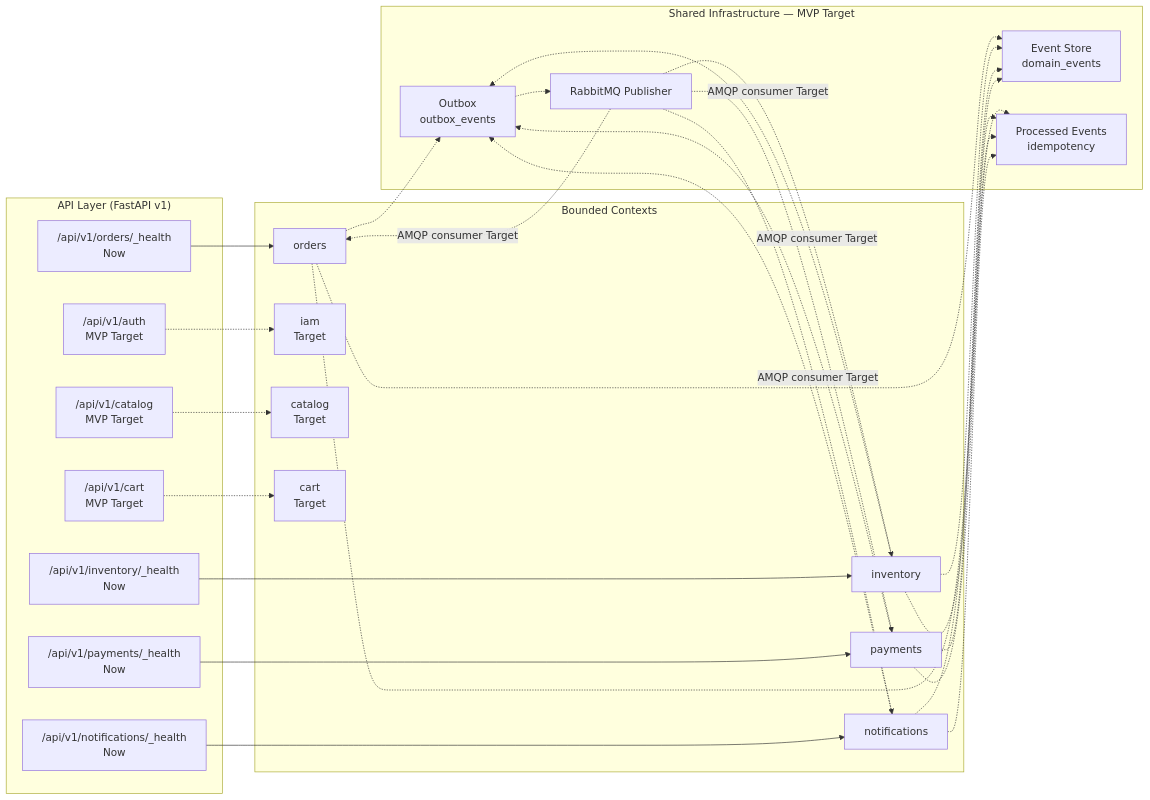
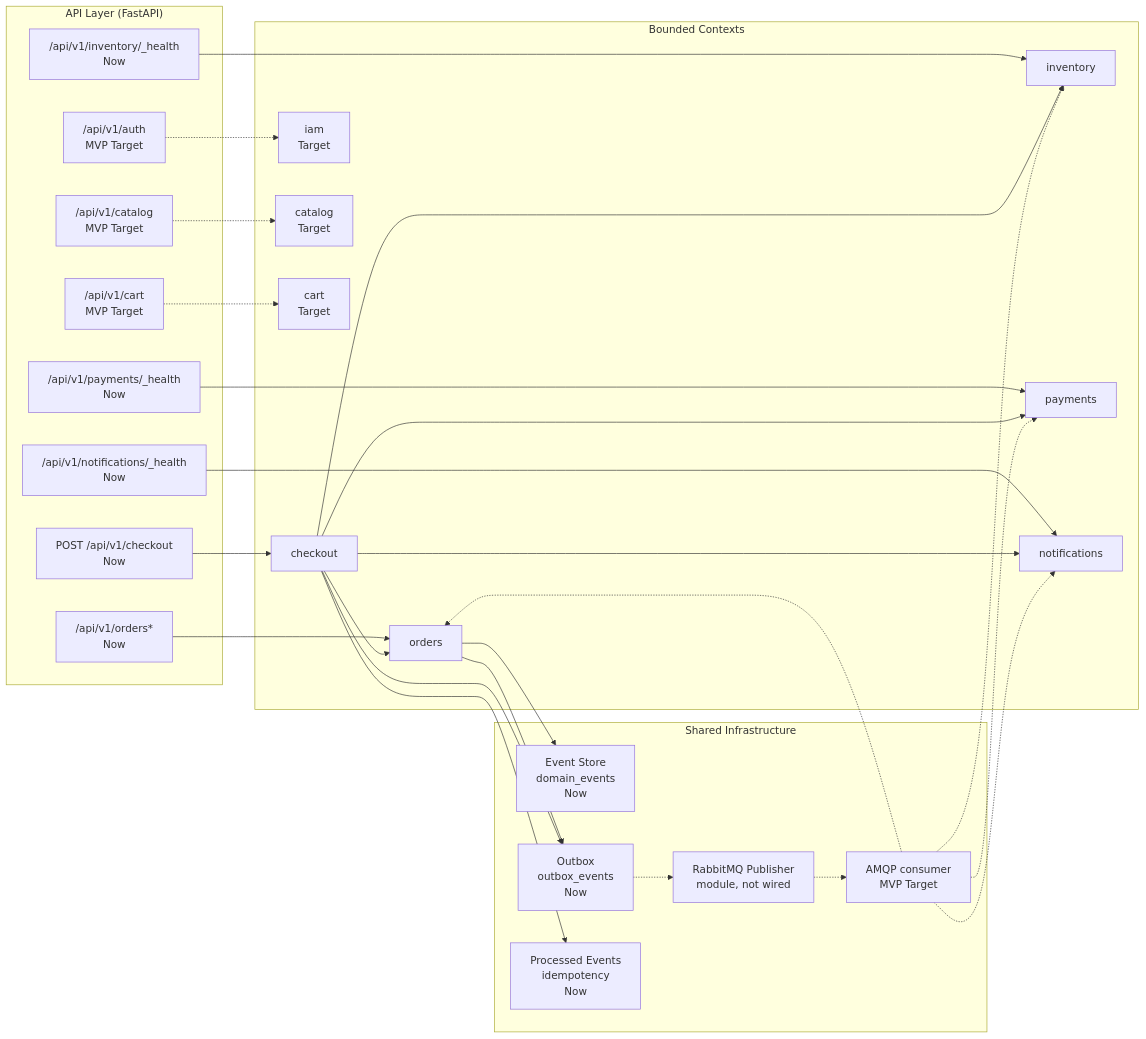
The first of 3 diagrams in ARCHITECTURE.md (jonasotoaguilar/eventcommerce), drawn with Mermaid before and after one commit. The commit also changed other lines of this file and 9 other files, not shown here.

````diff
--- a/ARCHITECTURE.md
+++ b/ARCHITECTURE.md
@@ -20,55 +20,56 @@
 ```mermaid
 flowchart LR
-    subgraph API["API Layer (FastAPI v1)"]
-        ORD["/api/v1/orders/_health<br/>Now"]
+    subgraph API["API Layer (FastAPI)"]
+        ORD["/api/v1/orders*<br/>Now"]
+        CHK["POST /api/v1/checkout<br/>Now"]
         INV["/api/v1/inventory/_health<br/>Now"]
         PAY["/api/v1/payments/_health<br/>Now"]
         NOT["/api/v1/notifications/_health<br/>Now"]
         IAM["/api/v1/auth<br/>MVP Target"]
         CAT["/api/v1/catalog<br/>MVP Target"]
         CART["/api/v1/cart<br/>MVP Target"]
     end
 
     subgraph MODULES["Bounded Contexts"]
         O["orders"]
         I["inventory"]
         P["payments"]
         N["notifications"]
+        CH["checkout"]
         M["iam<br/>Target"]
         C["catalog<br/>Target"]
         R["cart<br/>Target"]
     end
 
-    subgraph SHARED["Shared Infrastructure — MVP Target"]
-        ES["Event Store<br/>domain_events"]
-        OB["Outbox<br/>outbox_events"]
-        PE["Processed Events<br/>idempotency"]
-        RP["RabbitMQ Publisher"]
+    subgraph SHARED["Shared Infrastructure"]
+        ES["Event Store<br/>domain_events<br/>Now"]
+        OB["Outbox<br/>outbox_events<br/>Now"]
+        PE["Processed Events<br/>idempotency<br/>Now"]
+        RP["RabbitMQ Publisher<br/>module, not wired"]
+        AMQP["AMQP consumer<br/>MVP Target"]
     end
 
     ORD --> O
+    CHK --> CH
     INV --> I
     PAY --> P
     NOT --> N
     IAM -.-> M
     CAT -.-> C
     CART -.-> R
 
-    O -.-> ES
-    I -.-> ES
-    P -.-> ES
-    N -.-> ES
-    O -.-> OB
-    I -.-> OB
-    P -.-> OB
-    N -.-> OB
+    CH --> O
+    CH --> I
+    CH --> P
+    CH --> N
+    O --> ES
+    O --> OB
+    CH --> OB
+    CH --> PE
     OB -.-> RP
-    RP -.->|AMQP consumer Target| O
-    RP -.->|AMQP consumer Target| I
-    RP -.->|AMQP consumer Target| P
-    RP -.->|AMQP consumer Target| N
-    O -.-> PE
-    I -.-> PE
-    P -.-> PE
-    N -.-> PE
+    RP -.-> AMQP
+    AMQP -.-> O
+    AMQP -.-> I
+    AMQP -.-> P
+    AMQP -.-> N
 ```
````
